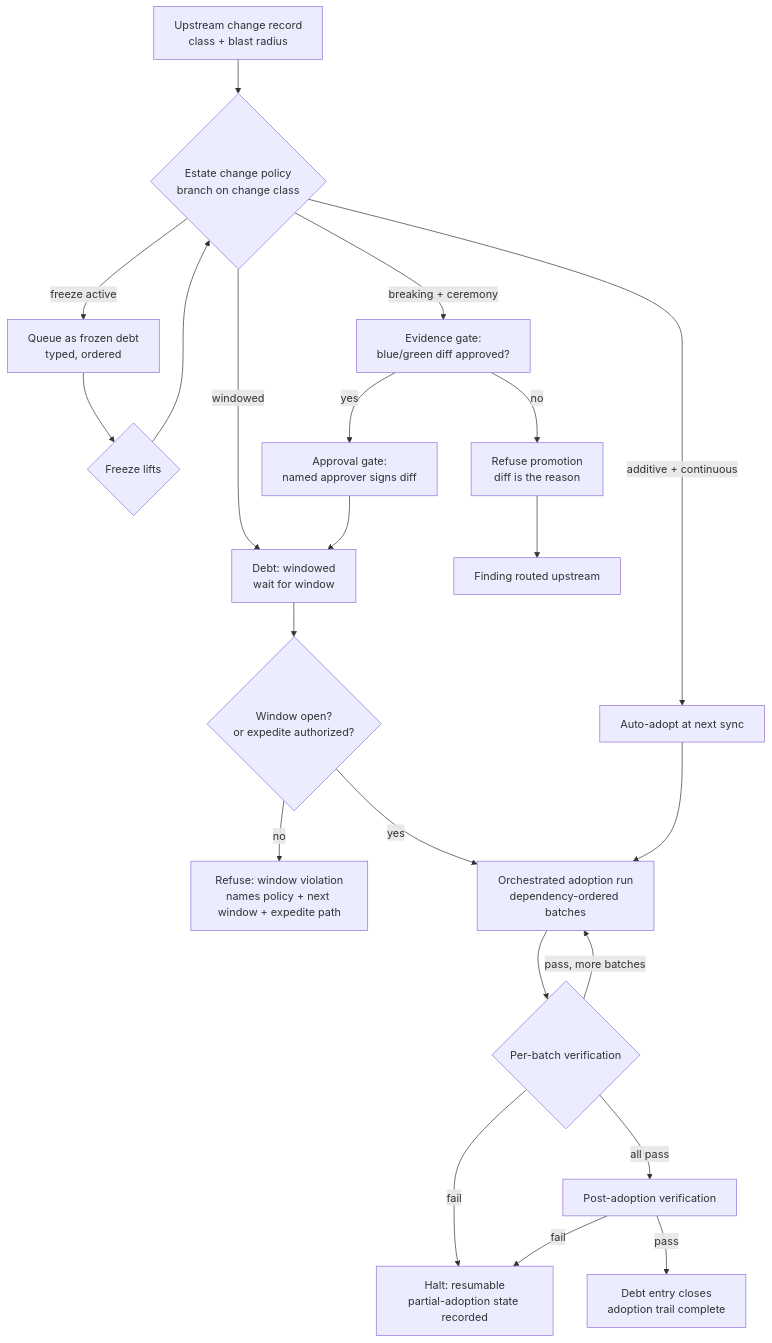
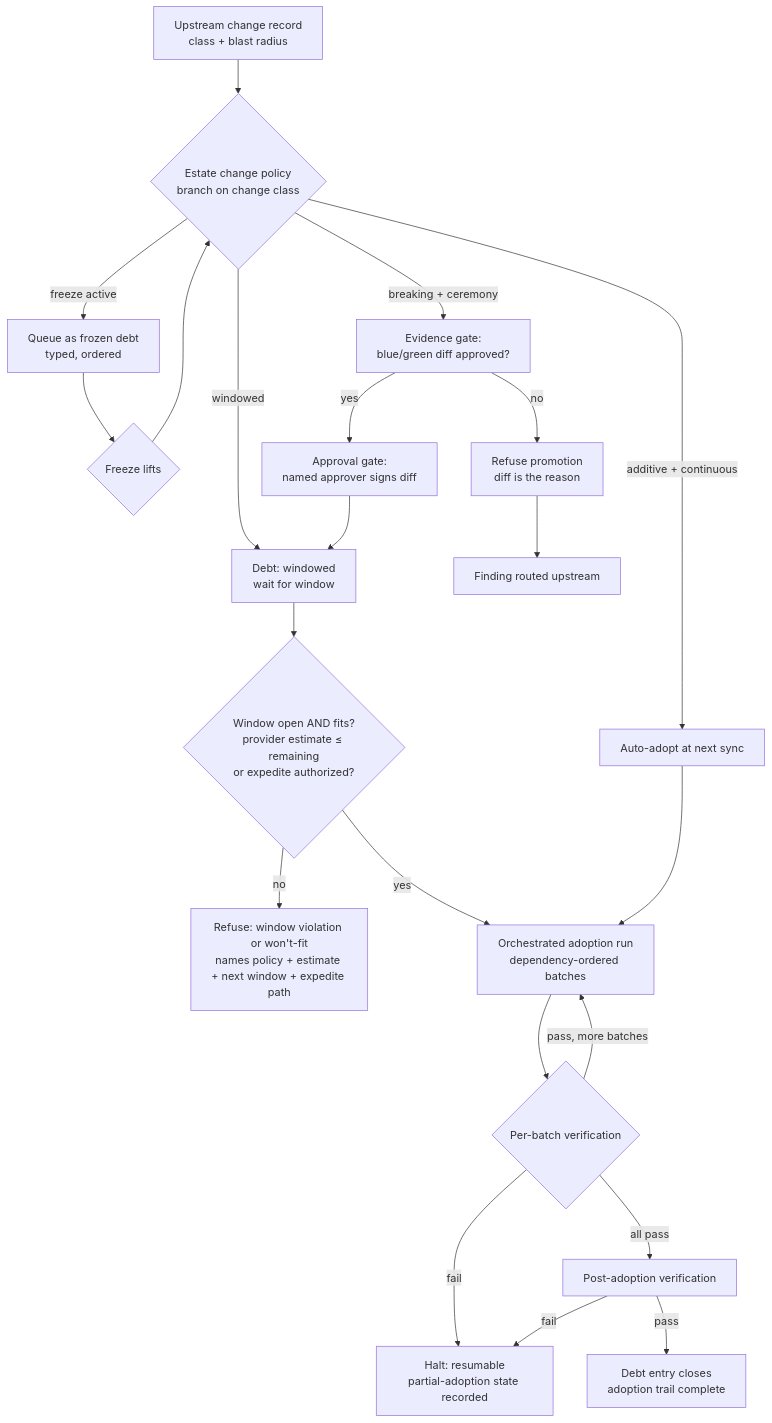
One commit to croadfeldt/udlm changed the diagram in docs/flows/change-control-adoption.md. Above: the diagram before and after it, drawn with Mermaid. The commit also changed other lines of this file and 4 other files, not shown here.

First line of the commit message:
ADR-053 §8: window-fit — provider estimates realization time-to-complete

````diff
--- a/docs/flows/change-control-adoption.md
+++ b/docs/flows/change-control-adoption.md
@@ -28,21 +28,21 @@
 ```mermaid
 flowchart TD
     A[Upstream change record\nclass + blast radius] --> B{Estate change policy\nbranch on change class}
     B -->|freeze active| Q[Queue as frozen debt\ntyped, ordered] --> B2{Freeze lifts} --> B
     B -->|additive + continuous| C[Auto-adopt at next sync]
     B -->|windowed| D[Debt: windowed\nwait for window]
     B -->|breaking + ceremony| E[Evidence gate:\nblue/green diff approved?]
     E -->|no| E1[Refuse promotion\ndiff is the reason] --> X1[Finding routed upstream]
     E -->|yes| F[Approval gate:\nnamed approver signs diff]
     F --> D
-    D --> G{Window open?\nor expedite authorized?}
-    G -->|no| G1[Refuse: window violation\nnames policy + next window + expedite path]
+    D --> G{Window open AND fits?\nprovider estimate ≤ remaining\nor expedite authorized?}
+    G -->|no| G1[Refuse: window violation or won't-fit\nnames policy + estimate + next window + expedite path]
     G -->|yes| H[Orchestrated adoption run\ndependency-ordered batches]
     C --> H
     H --> I{Per-batch verification}
     I -->|fail| I1[Halt: resumable\npartial-adoption state recorded]
     I -->|pass, more batches| H
     I -->|all pass| J[Post-adoption verification]
     J -->|pass| K[Debt entry closes\nadoption trail complete]
     J -->|fail| I1
 ```
````
